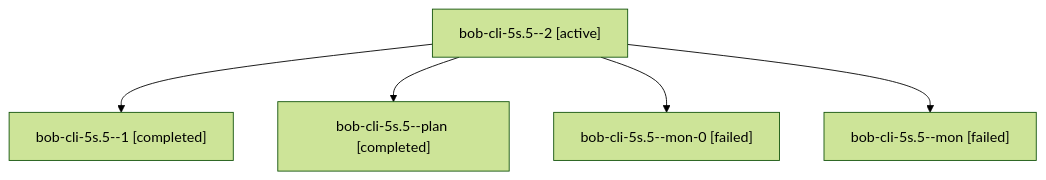
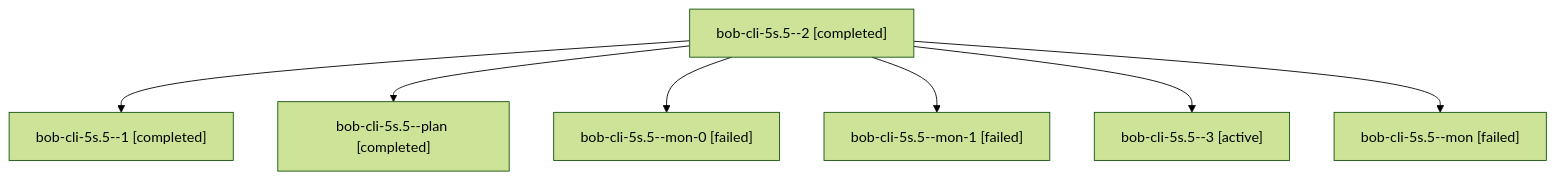
Before and after one commit to bobs-org/bob-cli--agents: the diagram in sessions/bbugyi200.apollo.bob-cli-5s.5.md, drawn with Mermaid (forest theme). The commit also changed other lines of this file and 35 other files, not shown here.

````diff
--- a/sessions/bbugyi200.apollo.bob-cli-5s.5.md
+++ b/sessions/bbugyi200.apollo.bob-cli-5s.5.md
@@ -9,12 +9,16 @@
 ```mermaid
 flowchart TD
-  n0["bob-cli-5s.5--2 [active]"]
+  n0["bob-cli-5s.5--2 [completed]"]
   n1["bob-cli-5s.5--1 [completed]"]
   n0 --> n1
   n2["bob-cli-5s.5--plan [completed]"]
   n0 --> n2
   n3["bob-cli-5s.5--mon-0 [failed]"]
   n0 --> n3
-  n4["bob-cli-5s.5--mon [failed]"]
+  n4["bob-cli-5s.5--mon-1 [failed]"]
   n0 --> n4
+  n5["bob-cli-5s.5--3 [active]"]
+  n0 --> n5
+  n6["bob-cli-5s.5--mon [failed]"]
+  n0 --> n6
 ```
````
